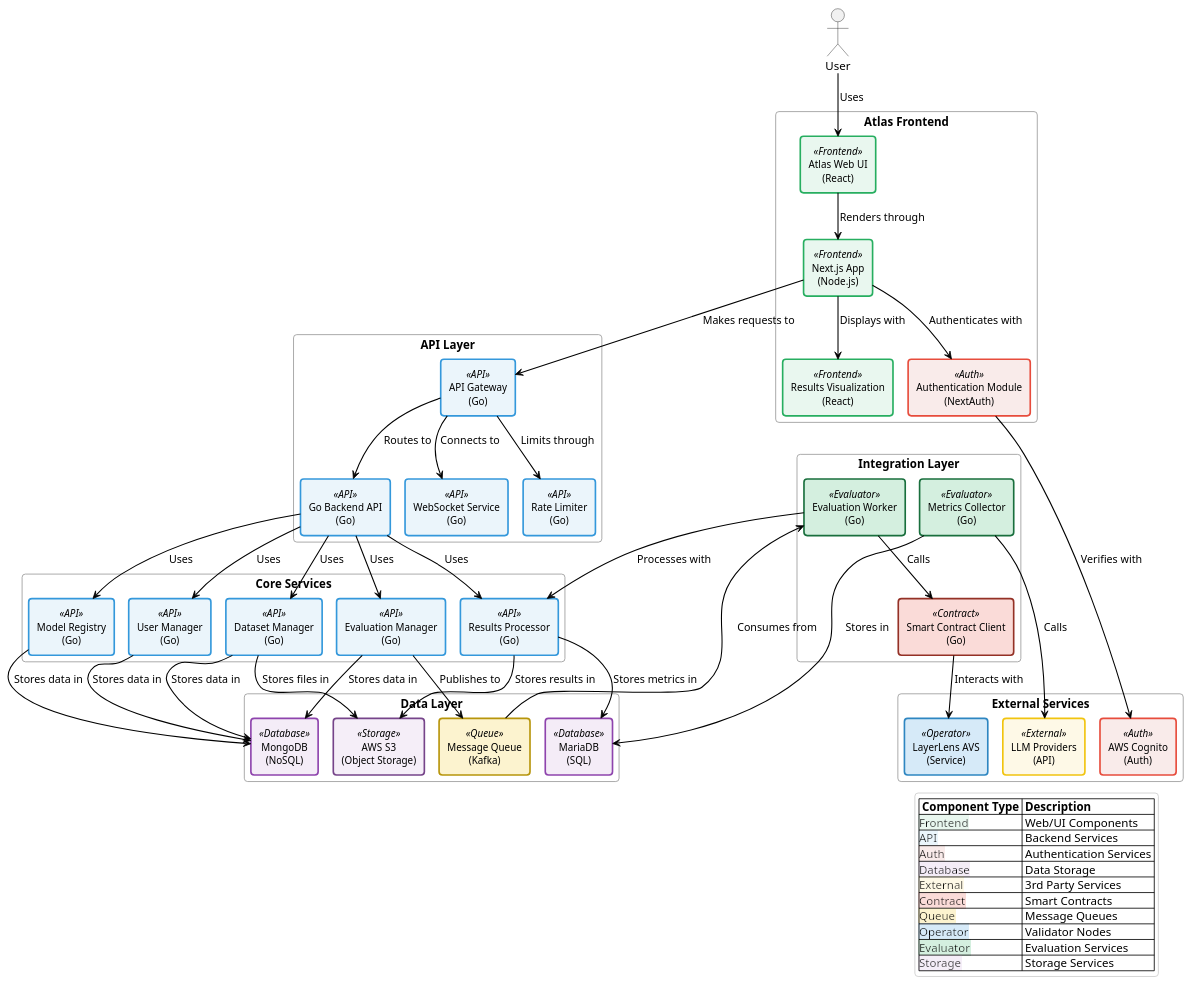
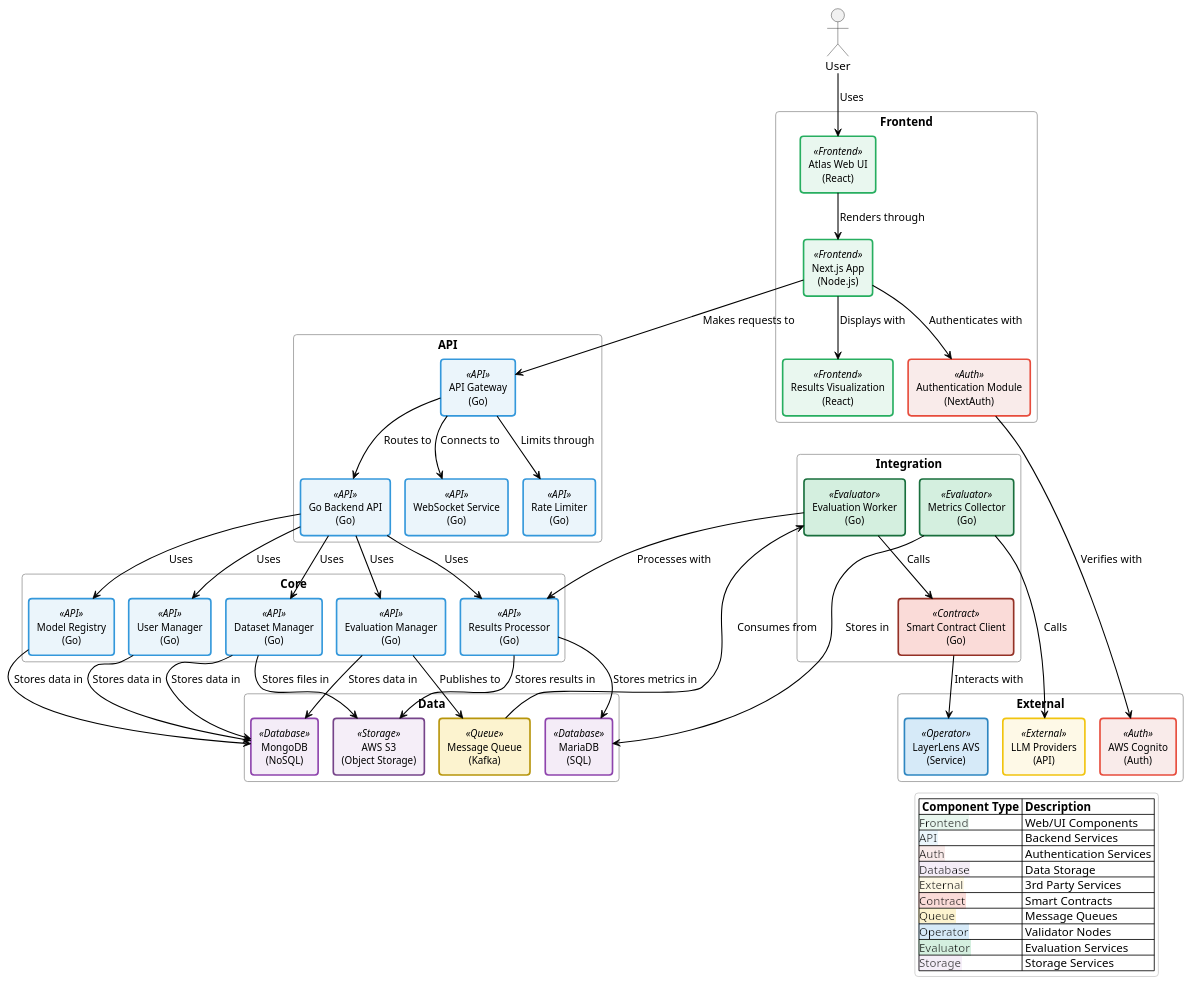
Before and after one commit to k-g-j/ll-sequence-diagrams: the diagram in plantuml-diagrams/atlas-architecture.puml, drawn with PlantUML. The commit also changed 7 other files, not shown here.

First line of the commit message:
Simplify package names in architecture diagrams

```diff
--- a/plantuml-diagrams/atlas-architecture.puml
+++ b/plantuml-diagrams/atlas-architecture.puml
@@ -1,185 +1,185 @@
 @startuml atlas-architecture
 !pragma layout smetana
 
 ' Define custom colors to match sequence diagrams
 skinparam component<<Frontend>> {
   BackgroundColor #E9F7EF
   BorderColor #27AE60
   BorderThickness 2
 }
 
 skinparam component<<API>> {
   BackgroundColor #EBF5FB
   BorderColor #3498DB
   BorderThickness 2
 }
 
 skinparam component<<Auth>> {
   BackgroundColor #F9EBEA
   BorderColor #E74C3C
   BorderThickness 2
 }
 
 skinparam component<<Database>> {
   BackgroundColor #F4ECF7
   BorderColor #8E44AD
   BorderThickness 2
 }
 
 skinparam component<<External>> {
   BackgroundColor #FEF9E7
   BorderColor #F1C40F
   BorderThickness 2
 }
 
 skinparam component<<Contract>> {
   BackgroundColor #FADBD8
   BorderColor #943126
   BorderThickness 2
 }
 
 skinparam component<<Queue>> {
   BackgroundColor #FCF3CF
   BorderColor #B7950B
   BorderThickness 2
 }
 
 skinparam component<<Operator>> {
   BackgroundColor #D6EAF8
   BorderColor #2E86C1
   BorderThickness 2
 }
 
 skinparam component<<Evaluator>> {
   BackgroundColor #D4EFDF
   BorderColor #196F3D
   BorderThickness 2
 }
 
 skinparam component<<Storage>> {
   BackgroundColor #F5EEF8
   BorderColor #76448A
   BorderThickness 2
 }
 
 ' Custom styling
 skinparam ArrowColor #000000
 skinparam ArrowThickness 1.3
 skinparam defaultTextAlignment center
 skinparam RoundCorner 8
 skinparam titleFontSize 18
 skinparam titleFontStyle bold
 skinparam ComponentStyle rectangle
 skinparam componentBorderThickness 1.5
 skinparam componentFontSize 12
 skinparam componentFontName Arial
 skinparam PackageStyle rectangle
 skinparam packageBackgroundColor transparent
 skinparam packageBorderColor #999999
 skinparam legendBackgroundColor #FFFFFF
 skinparam legendBorderColor #CCCCCC
 skinparam database<<Database>> {
   BackgroundColor #F4ECF7
   BorderColor #8E44AD
   BorderThickness 2
 }
 
 skinparam queue<<Queue>> {
   BackgroundColor #FCF3CF
   BorderColor #B7950B
   BorderThickness 2
 }
 
 actor "User" as user
 
-package "Atlas Frontend" {
+package "Frontend" {
   [Atlas Web UI\n(React)] as web_ui <<Frontend>>
   [Next.js App\n(Node.js)] as nextjs <<Frontend>>
   [Authentication Module\n(NextAuth)] as auth <<Auth>>
   [Results Visualization\n(React)] as viz <<Frontend>>
 }
 
-package "API Layer" {
+package "API" {
   [API Gateway\n(Go)] as api_gw <<API>>
   [Go Backend API\n(Go)] as go_backend <<API>>
   [WebSocket Service\n(Go)] as websocket <<API>>
   [Rate Limiter\n(Go)] as rate_limiter <<API>>
 }
 
-package "Core Services" {
+package "Core" {
   [Evaluation Manager\n(Go)] as eval_manager <<API>>
   [Model Registry\n(Go)] as model_registry <<API>>
   [Dataset Manager\n(Go)] as dataset_manager <<API>>
   [User Manager\n(Go)] as user_manager <<API>>
   [Results Processor\n(Go)] as results_processor <<API>>
 }
 
-package "Integration Layer" {
+package "Integration" {
   [Evaluation Worker\n(Go)] as worker <<Evaluator>>
   [Smart Contract Client\n(Go)] as contract_client <<Contract>>
   [Metrics Collector\n(Go)] as metrics <<Evaluator>>
 }
 
-package "Data Layer" {
+package "Data" {
   [MongoDB\n(NoSQL)] as mongodb <<Database>>
   [MariaDB\n(SQL)] as mariadb <<Database>>
   [AWS S3\n(Object Storage)] as s3 <<Storage>>
   [Message Queue\n(Kafka)] as queue <<Queue>>
 }
 
-package "External Services" {
+package "External" {
   [AWS Cognito\n(Auth)] as cognito <<Auth>>
   [LayerLens AVS\n(Service)] as avs <<Operator>>
   [LLM Providers\n(API)] as llms <<External>>
 }
 
 user --> web_ui : Uses
 web_ui --> nextjs : Renders through
 nextjs --> auth : Authenticates with
 nextjs --> viz : Displays with
 nextjs --> api_gw : Makes requests to
 
 auth --> cognito : Verifies with
 api_gw --> go_backend : Routes to
 api_gw --> websocket : Connects to
 api_gw --> rate_limiter : Limits through
 
 go_backend --> eval_manager : Uses
 go_backend --> model_registry : Uses
 go_backend --> dataset_manager : Uses
 go_backend --> user_manager : Uses
 go_backend --> results_processor : Uses
 
 eval_manager --> mongodb : Stores data in
 model_registry --> mongodb : Stores data in
 dataset_manager --> mongodb : Stores data in
 user_manager --> mongodb : Stores data in
 results_processor --> mariadb : Stores metrics in
 
 eval_manager --> queue : Publishes to
 queue --> worker : Consumes from
 worker --> contract_client : Calls
 worker --> results_processor : Processes with
 contract_client --> avs : Interacts with
 metrics --> llms : Calls
 metrics --> mariadb : Stores in
 
 dataset_manager --> s3 : Stores files in
 results_processor --> s3 : Stores results in
 
 ' Add color-coding legend
 legend right
   |= Component Type |= Description |
   |<back:#E9F7EF><color:black>Frontend</color></back>| Web/UI Components |
   |<back:#EBF5FB><color:black>API</color></back>| Backend Services |
   |<back:#F9EBEA><color:black>Auth</color></back>| Authentication Services |
   |<back:#F4ECF7><color:black>Database</color></back>| Data Storage |
   |<back:#FEF9E7><color:black>External</color></back>| 3rd Party Services |
   |<back:#FADBD8><color:black>Contract</color></back>| Smart Contracts |
   |<back:#FCF3CF><color:black>Queue</color></back>| Message Queues |
   |<back:#D6EAF8><color:black>Operator</color></back>| Validator Nodes |
   |<back:#D4EFDF><color:black>Evaluator</color></back>| Evaluation Services |
   |<back:#F5EEF8><color:black>Storage</color></back>| Storage Services |
 endlegend
 
 @enduml
```
